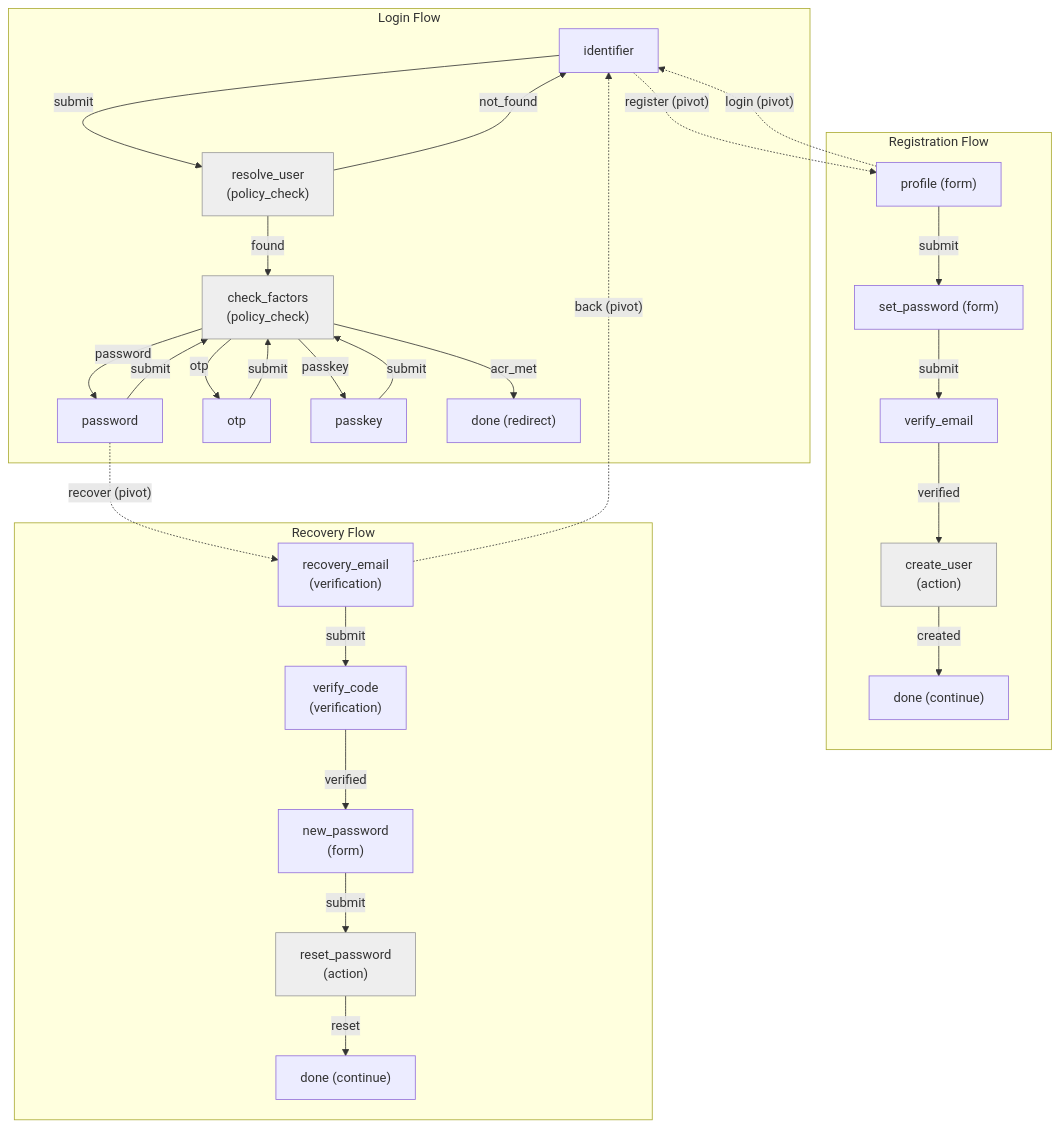
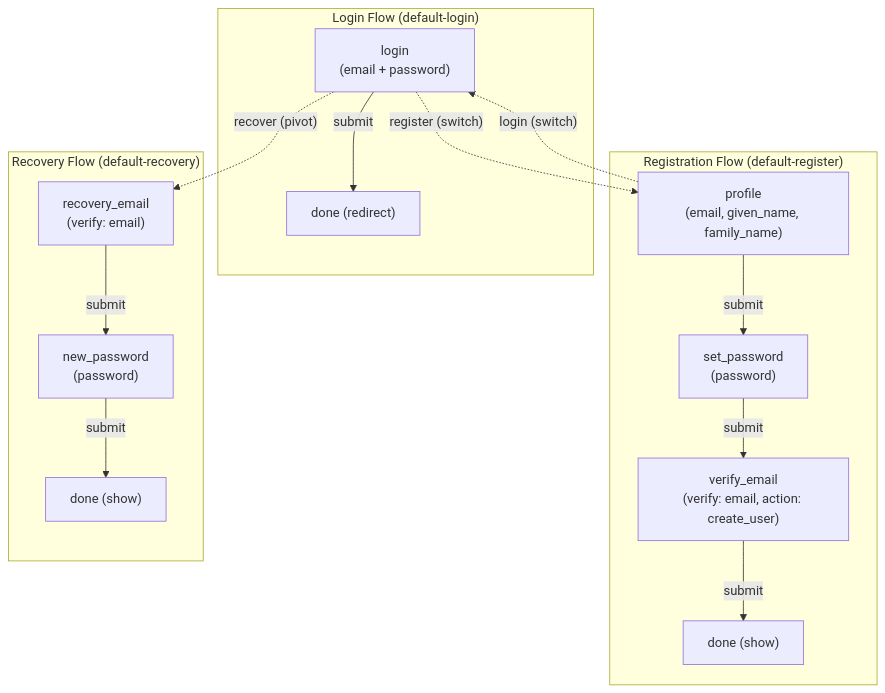
The tenth of 11 diagrams in docs/design/flowengine/flow-engine-guide.md (zitadel/nextgen), drawn with Mermaid before and after one commit. The commit also changed other lines of this file and 10 other files, not shown here.

Commit message:
refactor: simplify flow engine to schema-driven step model

````diff
--- a/docs/design/flowengine/flow-engine-guide.md
+++ b/docs/design/flowengine/flow-engine-guide.md
@@ -680,59 +637,33 @@
 ```mermaid
 graph TD
-    subgraph "Login Flow"
-        id["identifier"]
-        resolve["resolve_user<br>(policy_check)"]
-        check["check_factors<br>(policy_check)"]
-        pwd["password"]
-        otp["otp"]
-        pk["passkey"]
+    subgraph "Login Flow (default-login)"
+        login["login<br>(email + password)"]
         login_done["done (redirect)"]
 
-        id -->|submit| resolve
-        resolve -->|found| check
-        resolve -->|not_found| id
-        check -->|password| pwd
-        check -->|passkey| pk
-        check -->|otp| otp
-        check -->|acr_met| login_done
-        pwd -->|submit| check
-        otp -->|submit| check
-        pk -->|submit| check
+        login -->|submit| login_done
     end
 
-    subgraph "Registration Flow"
-        profile["profile (form)"]
-        set_pwd["set_password (form)"]
-        verify["verify_email"]
-        create["create_user<br>(action)"]
-        reg_done["done (continue)"]
+    subgraph "Registration Flow (default-register)"
+        profile["profile<br>(email, given_name, family_name)"]
+        set_pwd["set_password<br>(password)"]
+        verify["verify_email<br>(verify: email, action: create_user)"]
+        reg_done["done (show)"]
 
         profile -->|submit| set_pwd
         set_pwd -->|submit| verify
-        verify -->|verified| create
-        create -->|created| reg_done
+        verify -->|submit| reg_done
     end
 
-    subgraph "Recovery Flow"
-        rec_email["recovery_email<br>(verification)"]
-        rec_code["verify_code<br>(verification)"]
-        new_pwd["new_password<br>(form)"]
-        reset["reset_password<br>(action)"]
-        rec_done["done (continue)"]
+    subgraph "Recovery Flow (default-recovery)"
+        rec_email["recovery_email<br>(verify: email)"]
+        new_pwd["new_password<br>(password)"]
+        rec_done["done (show)"]
 
-        rec_email -->|submit| rec_code
-        rec_code -->|verified| new_pwd
-        new_pwd -->|submit| reset
-        reset -->|reset| rec_done
+        rec_email -->|submit| new_pwd
+        new_pwd -->|submit| rec_done
     end
 
-    id -.->|"register (pivot)"| profile
-    profile -.->|"login (pivot)"| id
-    pwd -.->|"recover (pivot)"| rec_email
-    rec_email -.->|"back (pivot)"| id
-
-    style resolve fill:#eee,stroke:#999
-    style check fill:#eee,stroke:#999
-    style create fill:#eee,stroke:#999
-    style reset fill:#eee,stroke:#999
+    login -.->|"register (switch)"| profile
+    profile -.->|"login (switch)"| login
+    login -.->|"recover (pivot)"| rec_email
 ```
````
